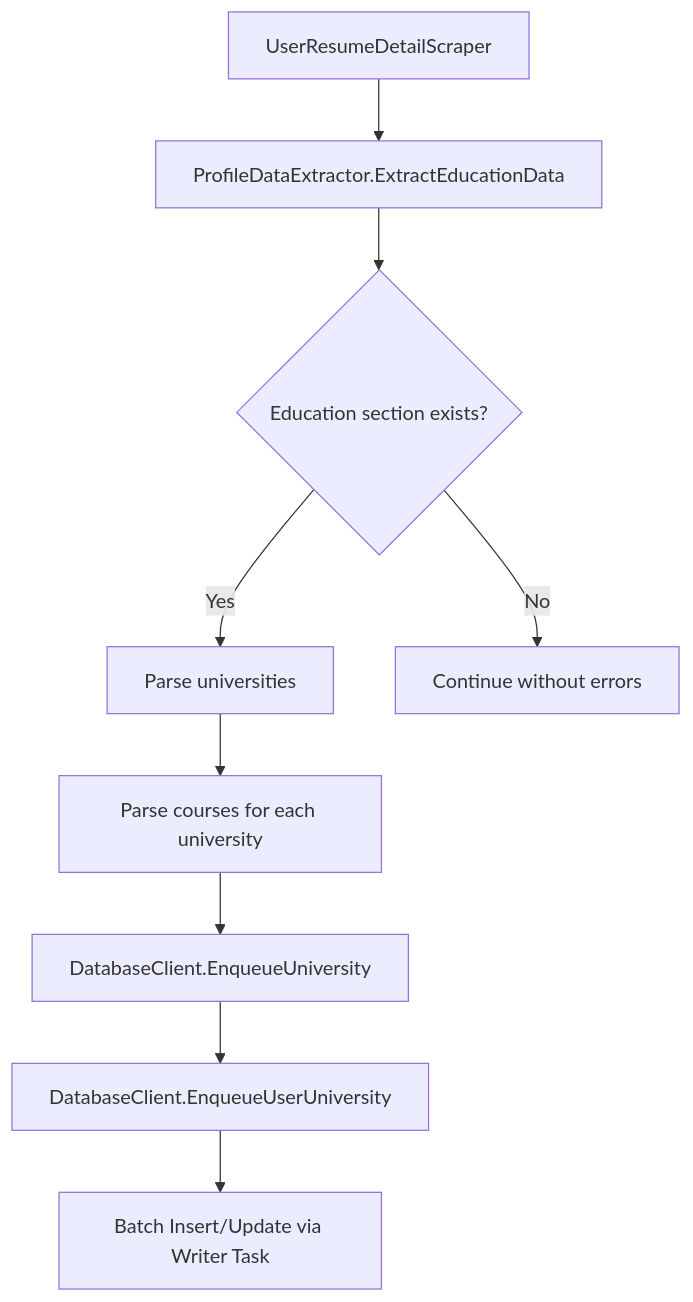
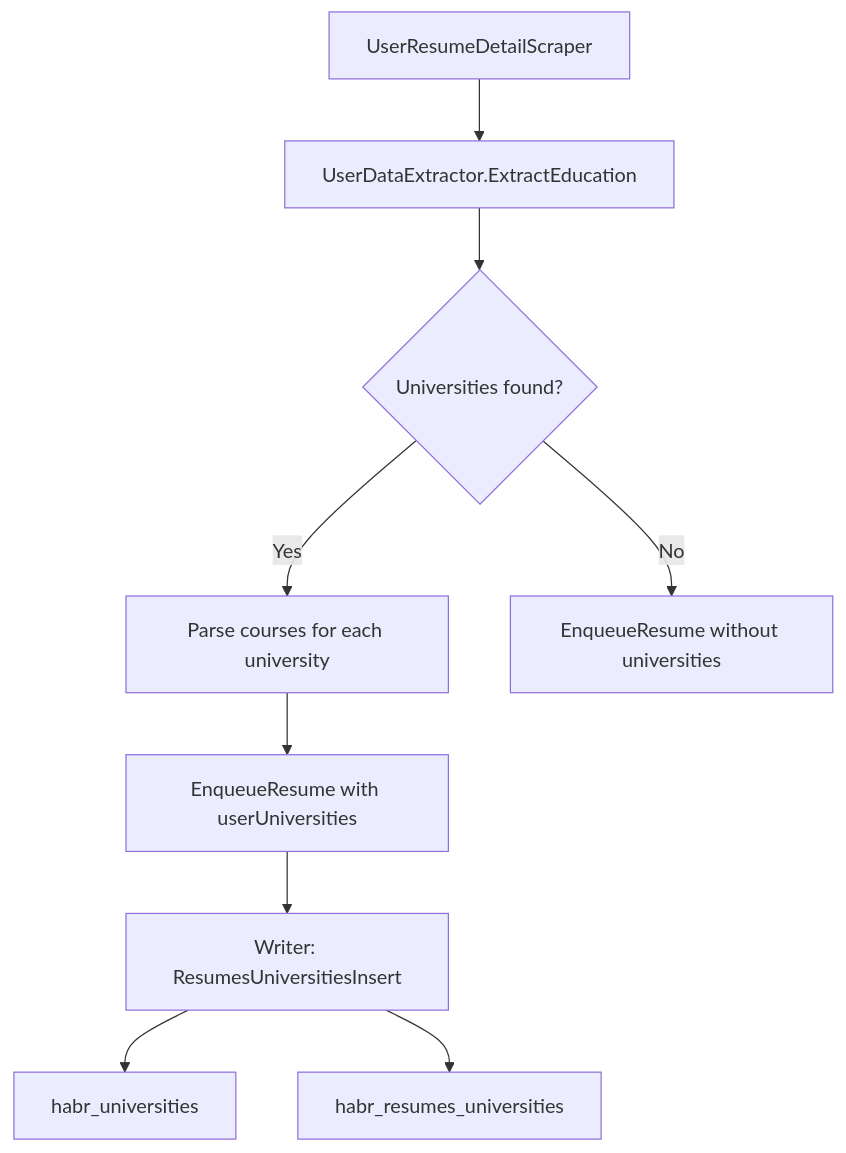
The third of 14 diagrams in docs/ARCHITECTURE.md (Resident234/job_board_scraper), drawn with Mermaid before and after one commit. The commit also changed other lines of this file and 13 other files, not shown here.

````diff
--- a/docs/ARCHITECTURE.md
+++ b/docs/ARCHITECTURE.md
@@ -120,11 +144,11 @@
 ```mermaid
 flowchart TD
-    A[UserResumeDetailScraper] --> B[ProfileDataExtractor.ExtractEducationData]
-    B --> C{Education section exists?}
-    C -->|Yes| D[Parse universities]
-    C -->|No| E[Continue without errors]
-    D --> F[Parse courses for each university]
-    F --> G[DatabaseClient.EnqueueUniversity]
-    G --> H[DatabaseClient.EnqueueUserUniversity]
-    H --> I[Batch Insert/Update via Writer Task]
+    A[UserResumeDetailScraper] --> B[UserDataExtractor.ExtractEducation]
+    B --> C{Universities found?}
+    C -->|Yes| D[Parse courses for each university]
+    C -->|No| E[EnqueueResume without universities]
+    D --> F[EnqueueResume with userUniversities]
+    F --> G[Writer: ResumesUniversitiesInsert]
+    G --> H[habr_universities]
+    G --> I[habr_resumes_universities]
 ```
````
